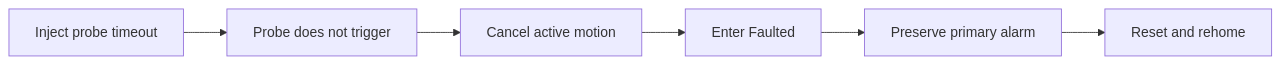
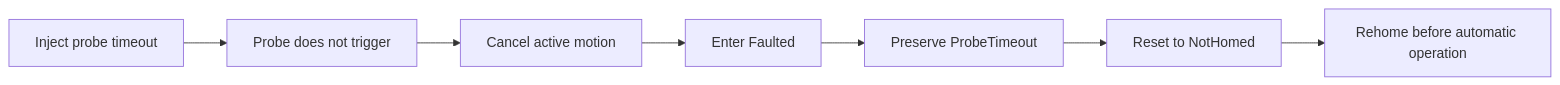
The first of 2 diagrams in README.md (parthoece/multiaxis-motion-sim), drawn with Mermaid before and after one commit. The commit also changed other lines of this file and 40 other files, not shown here.

````diff
--- a/README.md
+++ b/README.md
@@ -136,11 +127,9 @@
 ```mermaid
 flowchart LR
-    A[Inject probe timeout]
-    B[Probe does not trigger]
-    C[Cancel active motion]
-    D[Enter Faulted]
-    E[Preserve primary alarm]
-    F[Reset and rehome]
-
-    A --> B --> C --> D --> E --> F
+    A[Inject probe timeout] --> B[Probe does not trigger]
+    B --> C[Cancel active motion]
+    C --> D[Enter Faulted]
+    D --> E[Preserve ProbeTimeout]
+    E --> F[Reset to NotHomed]
+    F --> G[Rehome before automatic operation]
 ```
````
